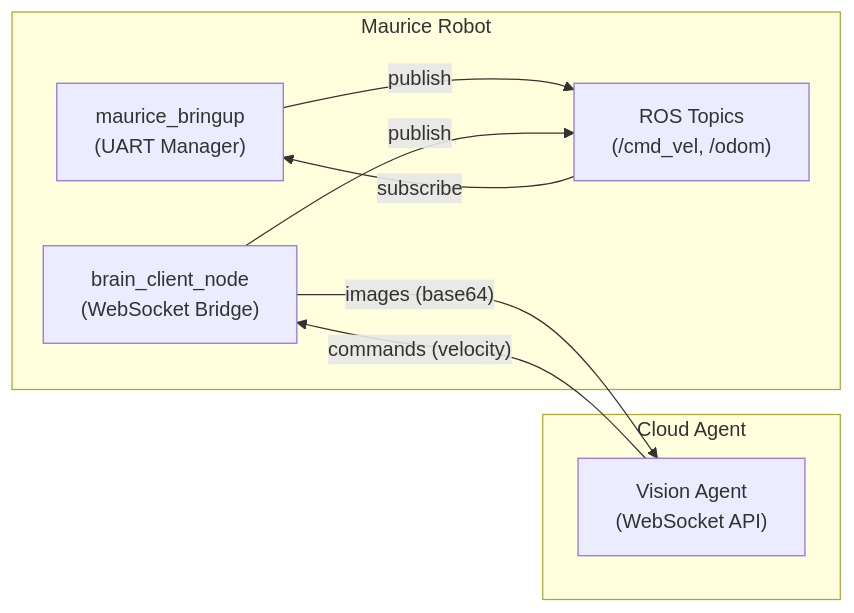
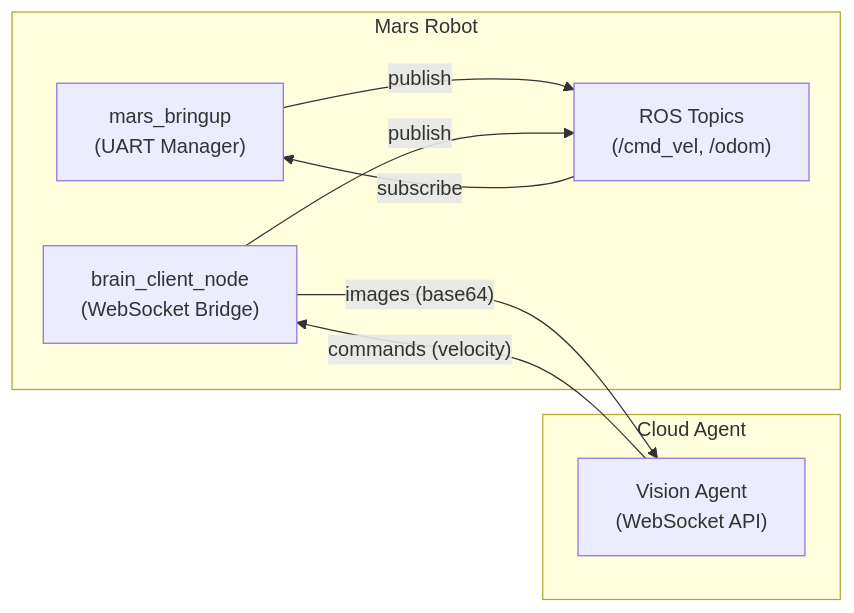
Before and after one commit to Hcoder10/innate-os: the second of 2 diagrams in docs/SYSTEM_OVERVIEW.md, drawn with Mermaid. The commit also changed other lines of this file and 288 other files, not shown here.

First line of the commit message:
Rename robot maurice -> mars across the repo

````diff
--- a/docs/SYSTEM_OVERVIEW.md
+++ b/docs/SYSTEM_OVERVIEW.md
@@ -160,23 +160,23 @@
 ```mermaid
 flowchart LR
-    subgraph "Maurice Robot"
-        A["maurice_bringup
+    subgraph "Mars Robot"
+        A["mars_bringup
         (UART Manager)"]
         B["brain_client_node
         (WebSocket Bridge)"]
         C["ROS Topics
         (/cmd_vel, /odom)"]
         
         A -->|publish| C
         C -->|subscribe| A
         B -->|publish| C
     end
 
     subgraph "Cloud Agent"
         D["Vision Agent
         (WebSocket API)"]
     end
     
     B -->|"images (base64)"| D
     D -->|"commands (velocity)"| B
 ```
````
